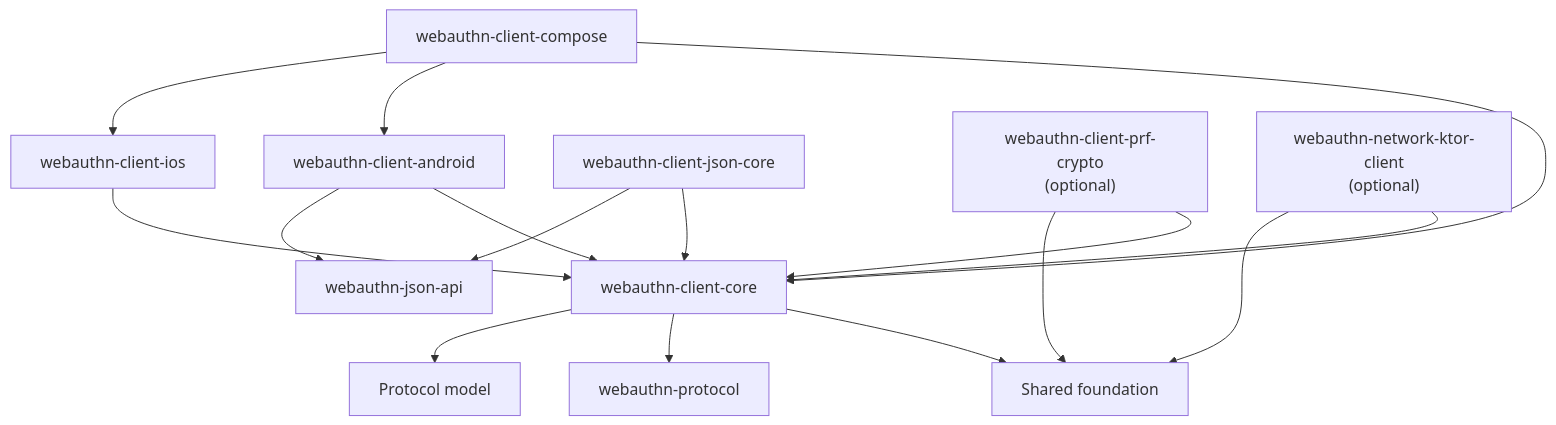
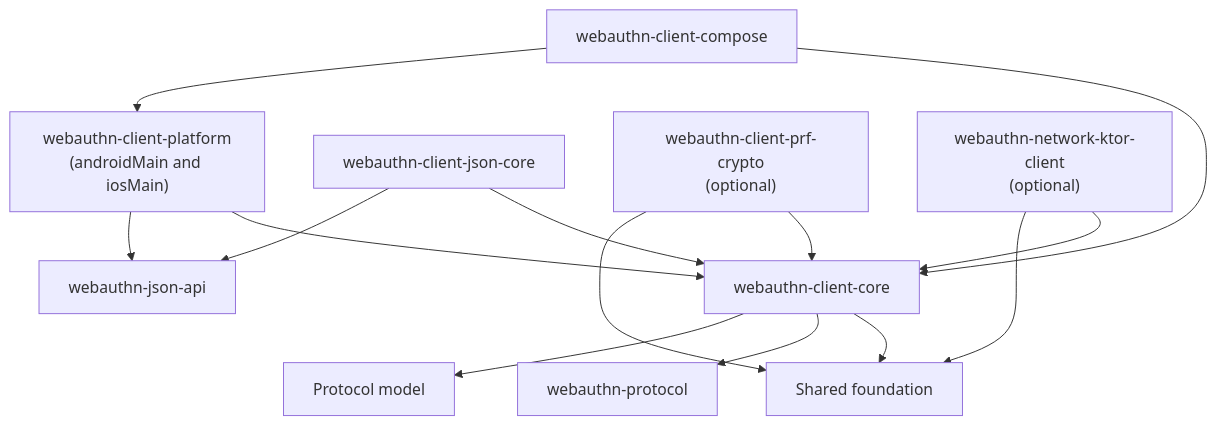
Before and after one commit to szijpeter/webauthn-kotlin-multiplatform: the third of 4 diagrams in docs/architecture.md, drawn with Mermaid. The commit also changed 49 other files, not shown here.

Commit message:
refactor(client): consolidate platform source sets

````diff
--- a/docs/architecture.md
+++ b/docs/architecture.md
@@ -90,36 +90,32 @@
 ```mermaid
 flowchart TB
     COMPOSE["webauthn-client-compose"]
-    ANDROID["webauthn-client-android"]
-    IOS["webauthn-client-ios"]
+    PLATFORM["webauthn-client-platform<br/>(androidMain and iosMain)"]
     JSON["webauthn-client-json-core"]
     PRF["webauthn-client-prf-crypto<br/>(optional)"]
     NETWORK["webauthn-network-ktor-client<br/>(optional)"]
     CLIENT_CORE["webauthn-client-core"]
     JSON_API["webauthn-json-api"]
     PROTOCOL["webauthn-protocol"]
     FOUNDATION["Shared foundation"]
     MODEL["Protocol model"]
 
     COMPOSE --> CLIENT_CORE
-    COMPOSE --> ANDROID
-    COMPOSE --> IOS
+    COMPOSE --> PLATFORM
 
-    ANDROID --> CLIENT_CORE
-    ANDROID --> JSON_API
-
-    IOS --> CLIENT_CORE
+    PLATFORM --> CLIENT_CORE
+    PLATFORM --> JSON_API
 
     JSON --> CLIENT_CORE
     JSON --> JSON_API
 
     PRF --> CLIENT_CORE
     PRF --> FOUNDATION
 
     NETWORK --> CLIENT_CORE
     NETWORK --> FOUNDATION
 
     CLIENT_CORE --> FOUNDATION
     CLIENT_CORE --> PROTOCOL
     CLIENT_CORE --> MODEL
 ```
````
